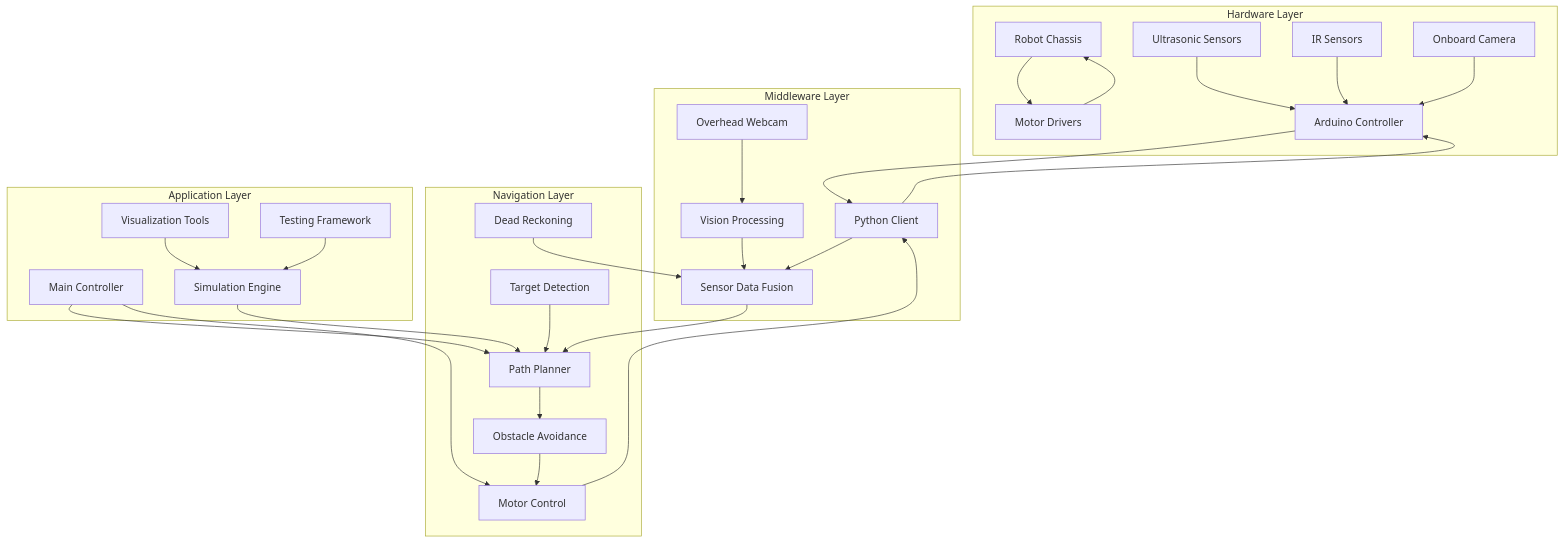
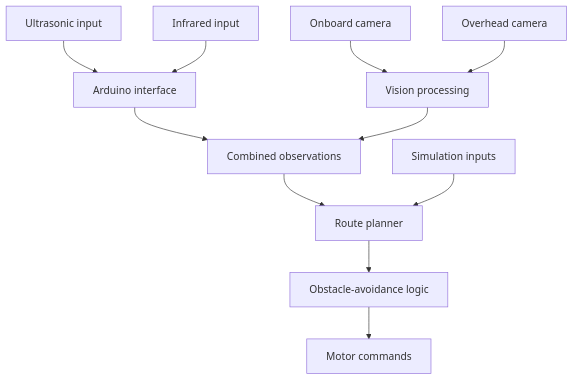
One commit to yaksheng/projects changed the diagram in hackathons/20251109-drift/architecture/ARCHITECTURE.md. Above: the diagram before and after it, drawn with Mermaid. The commit also changed other lines of this file and 51 other files, not shown here.

````diff
--- a/hackathons/20251109-drift/architecture/ARCHITECTURE.md
+++ b/hackathons/20251109-drift/architecture/ARCHITECTURE.md
@@ -16,36 +7,13 @@
 ```mermaid
 graph TD
-    subgraph "Hardware Layer"
-        A[Robot Chassis] --> B[Motor Drivers]
-        C[Ultrasonic Sensors] --> D[Arduino Controller]
-        E[IR Sensors] --> D
-        F[Onboard Camera] --> D
-        B --> A
-    end
-    
-    subgraph "Middleware Layer"
-        D --> G[Python Client] 
-        H[Overhead Webcam] --> I[Vision Processing]
-        G --> J[Sensor Data Fusion]
-        I --> J
-    end
-    
-    subgraph "Navigation Layer"
-        J --> K[Path Planner]
-        K --> L[Obstacle Avoidance]
-        L --> M[Motor Control]
-        N[Dead Reckoning] --> J
-        O[Target Detection] --> K
-    end
-    
-    subgraph "Application Layer"
-        P[Main Controller] --> K
-        Q[Simulation Engine] --> K
-        R[Visualization Tools] --> Q
-        S[Testing Framework] --> Q
-    end
-    
-    M --> G
-    G --> D
-    P --> M
+    Ultrasonic[Ultrasonic input] --> Arduino[Arduino interface]
+    Infrared[Infrared input] --> Arduino
+    Onboard[Onboard camera] --> Vision[Vision processing]
+    Overhead[Overhead camera] --> Vision
+    Arduino --> Inputs[Combined observations]
+    Vision --> Inputs
+    Inputs --> Planner[Route planner]
+    Planner --> Avoidance[Obstacle-avoidance logic]
+    Avoidance --> Control[Motor commands]
+    Simulation[Simulation inputs] --> Planner
 ```
````
